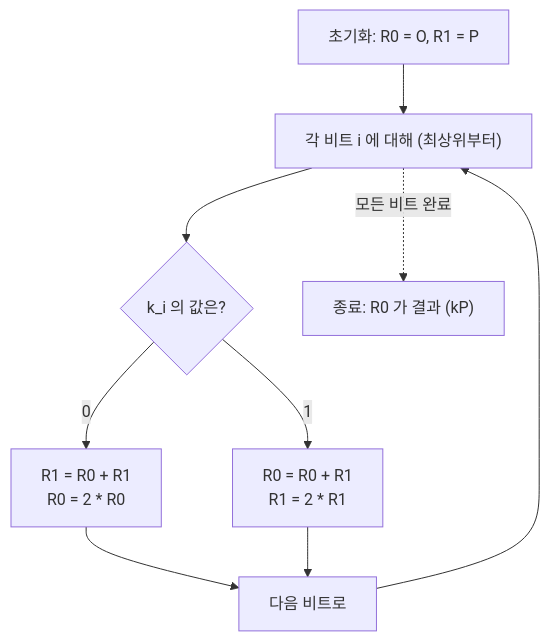
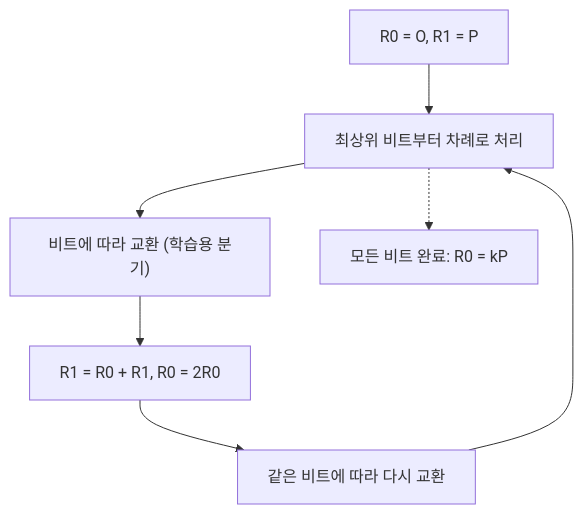
Before and after one commit to kenjinote/blog: the second of 3 diagrams in content/post/楕円曲線暗号の数学的基礎とcppでの実装/index.ko.md, drawn with Mermaid. The commit also changed other lines of this file and 6 other files, not shown here.

````diff
--- a/content/post/楕円曲線暗号の数学的基礎とcppでの実装/index.ko.md
+++ b/content/post/楕円曲線暗号の数学的基礎とcppでの実装/index.ko.md
@@ -253,14 +106,9 @@
 ```mermaid
 graph TD
-    Start["초기화: R0 = O, R1 = P"] --> LoopStart["각 비트 i 에 대해 (최상위부터)"]
-    LoopStart --> Cond{"k_i 의 값은?"}
-    
-    Cond -->|"0"| Branch0["R1 = R0 + R1<br>R0 = 2 * R0"]
-    Cond -->|"1"| Branch1["R0 = R0 + R1<br>R1 = 2 * R1"]
-    
-    Branch0 --> LoopEnd["다음 비트로"]
-    Branch1 --> LoopEnd
-    
-    LoopEnd --> LoopStart
-    LoopStart -.->|"모든 비트 완료"| End["종료: R0 가 결과 (kP)"]
+    A["R0 = O, R1 = P"] --> B["최상위 비트부터 차례로 처리"]
+    B --> C["비트에 따라 교환 (학습용 분기)"]
+    C --> D["R1 = R0 + R1, R0 = 2R0"]
+    D --> E["같은 비트에 따라 다시 교환"]
+    E --> B
+    B -.-> F["모든 비트 완료: R0 = kP"]
 ```
````
